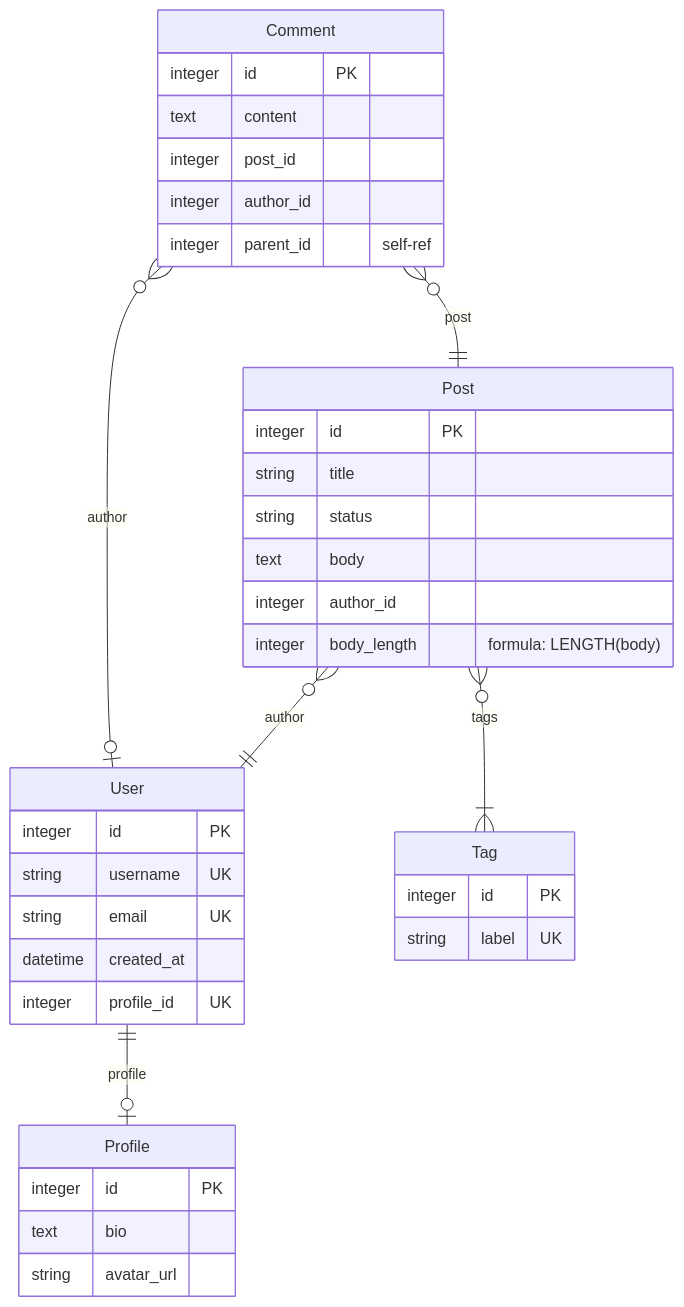
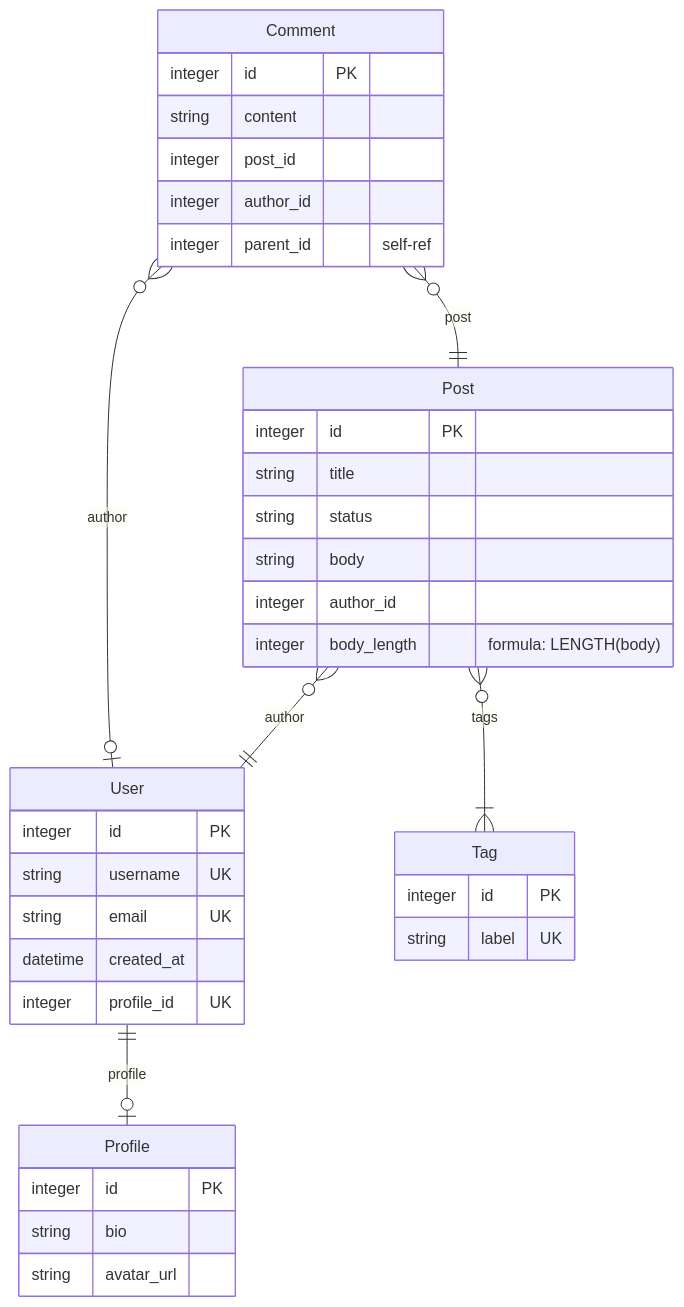
Before and after one commit to iamkanguk97/mikro-orm-markdown: the second of 4 diagrams in examples/ERD.md, drawn with Mermaid. The commit also changed other lines of this file and 13 other files, not shown here.

````diff
--- a/examples/ERD.md
+++ b/examples/ERD.md
@@ -95,39 +95,39 @@
 ```mermaid
 erDiagram
   User {
     integer id PK
     string username UK
     string email UK
     datetime created_at
     integer profile_id UK
   }
   Tag {
     integer id PK
     string label UK
   }
   Profile {
     integer id PK
-    text bio
+    string bio
     string avatar_url
   }
   Post {
     integer id PK
     string title
     string status
-    text body
+    string body
     integer author_id
     integer body_length "formula: LENGTH(body)"
   }
   Comment {
     integer id PK
-    text content
+    string content
     integer post_id
     integer author_id
     integer parent_id "self-ref"
   }
   User ||--o| Profile : "profile"
   Post }o--|| User : "author"
   Post }o--|{ Tag : "tags"
   Comment }o--|| Post : "post"
   Comment }o--o| User : "author"
 ```
````
